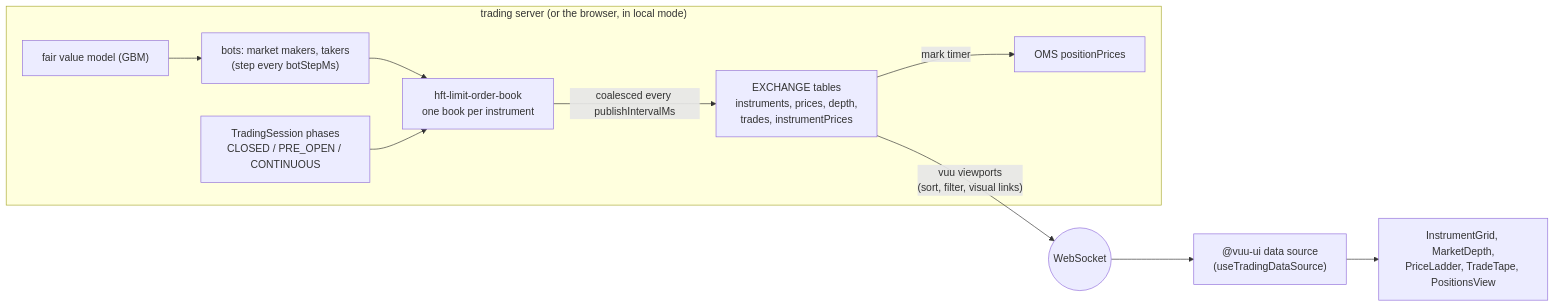
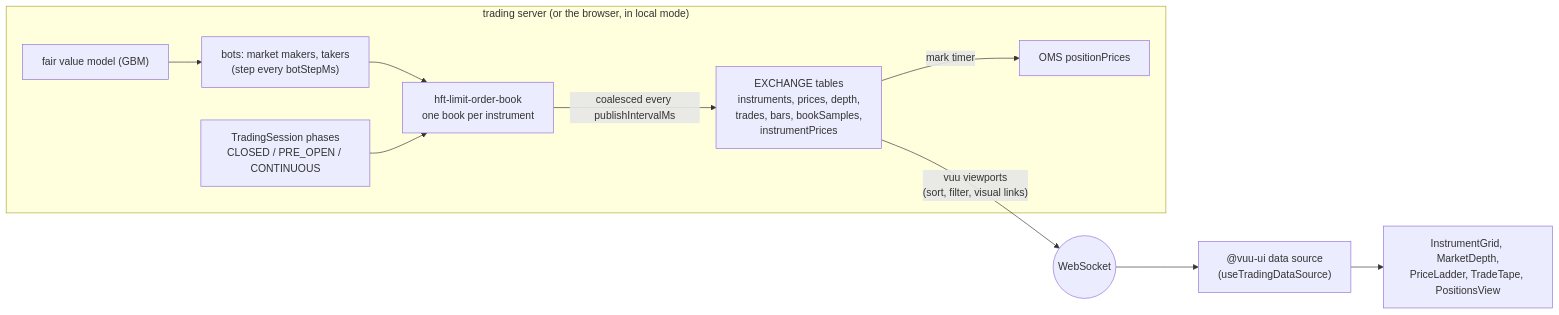
The second of 7 diagrams in docs/architecture.md (heswell/trader), drawn with Mermaid before and after one commit. The commit also changed 3 other files, not shown here.

Commit message:
Docs: list the chart data tables in schema and module overviews

````diff
--- a/docs/architecture.md
+++ b/docs/architecture.md
@@ -68,13 +68,13 @@
 ```mermaid
 flowchart LR
   subgraph TS["trading server (or the browser, in local mode)"]
     Bots["bots: market makers, takers<br/>(step every botStepMs)"] --> Books["hft-limit-order-book<br/>one book per instrument"]
     GBM["fair value model (GBM)"] --> Bots
     Session["TradingSession phases<br/>CLOSED / PRE_OPEN / CONTINUOUS"] --> Books
-    Books -- "coalesced every publishIntervalMs" --> ET["EXCHANGE tables<br/>instruments, prices, depth,<br/>trades, instrumentPrices"]
+    Books -- "coalesced every publishIntervalMs" --> ET["EXCHANGE tables<br/>instruments, prices, depth,<br/>trades, bars, bookSamples,<br/>instrumentPrices"]
     ET -- "mark timer" --> OT["OMS positionPrices"]
   end
   ET -- "vuu viewports<br/>(sort, filter, visual links)" --> WS(("WebSocket"))
   WS --> DS["@vuu-ui data source<br/>(useTradingDataSource)"]
   DS --> UI["InstrumentGrid, MarketDepth,<br/>PriceLadder, TradeTape, PositionsView"]
 ```
````
